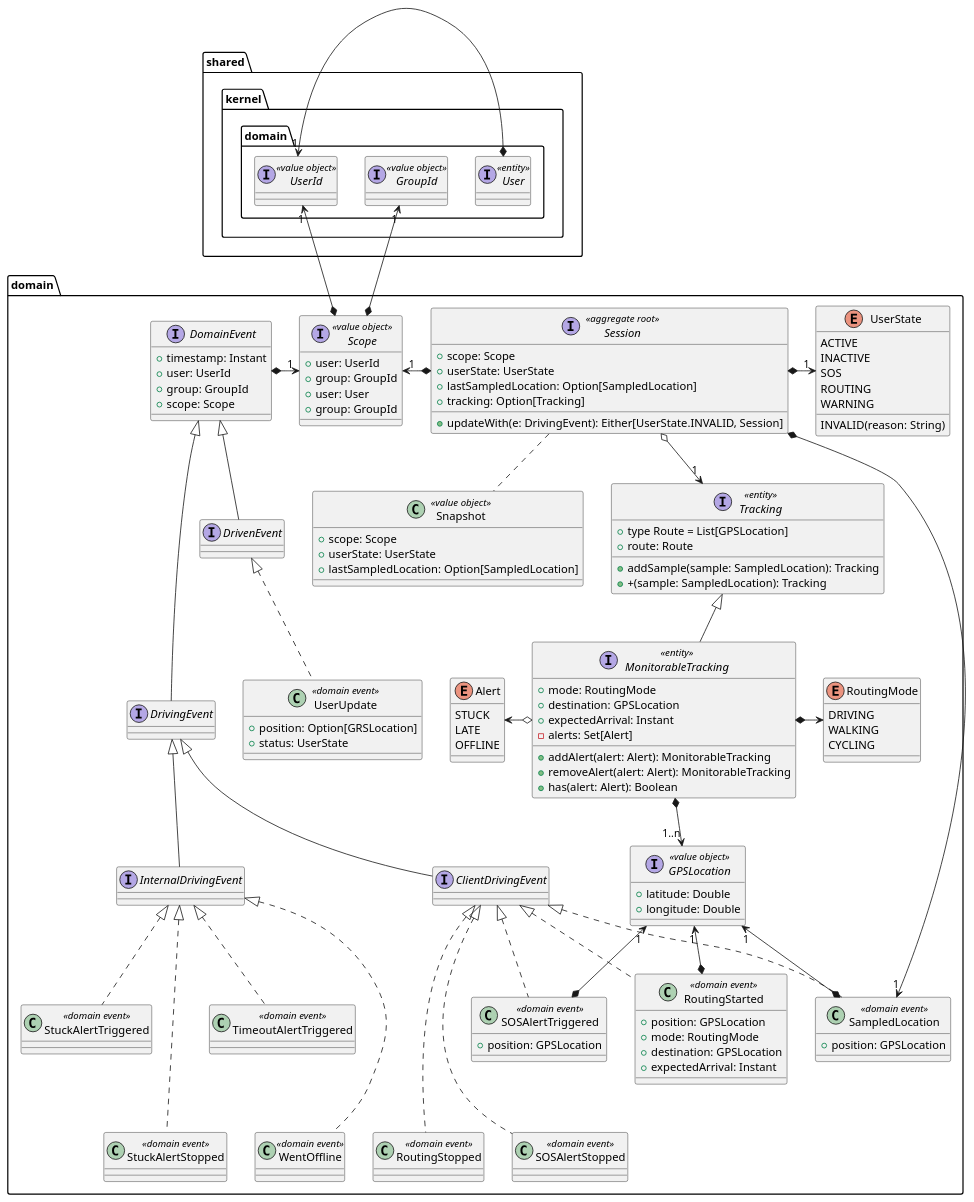
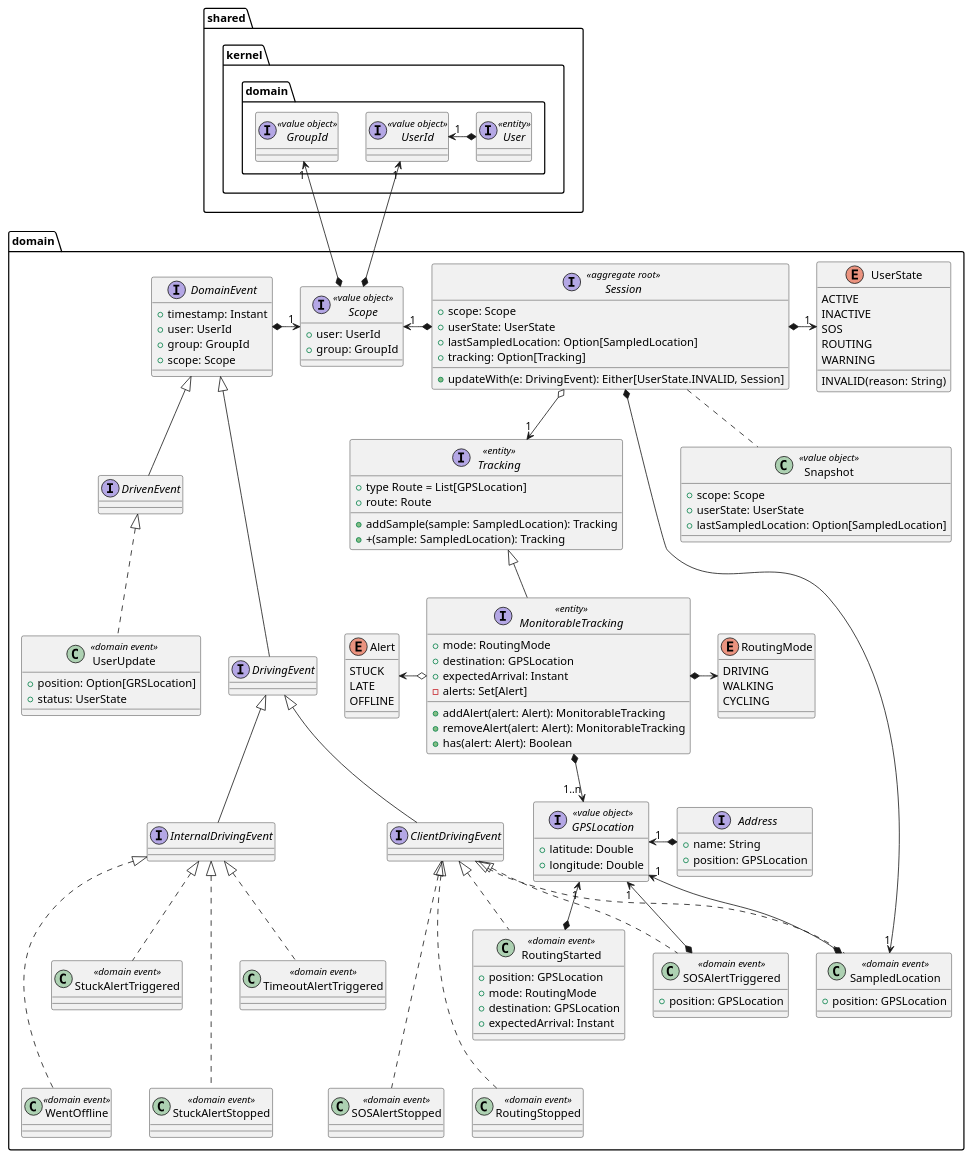
Before and after one commit to position-pal/Documentation: the first of 4 diagrams in content/docs/4-detailed-design/2-location-service.md, drawn with PlantUML. The commit also changed other lines of this file and 3 other files, not shown here.

```diff
--- a/content/docs/4-detailed-design/2-location-service.md
+++ b/content/docs/4-detailed-design/2-location-service.md
@@ -33,11 +32,6 @@
         + group: GroupId
     }
 
-    interface Scope {
-        + user: User
-        + group: GroupId
-    }
-
     UserId "1" <--* Scope
     GroupId "1" <--* Scope
 
@@ -45,6 +39,13 @@
         + latitude: Double
         + longitude: Double
     }
+
+    interface Address {
+        + name: String
+        + position: GPSLocation
+    }
+
+    Address *-left-> "1" GPSLocation
 
     '------------------------- Events -------------------------'
     interface DomainEvent {
```
